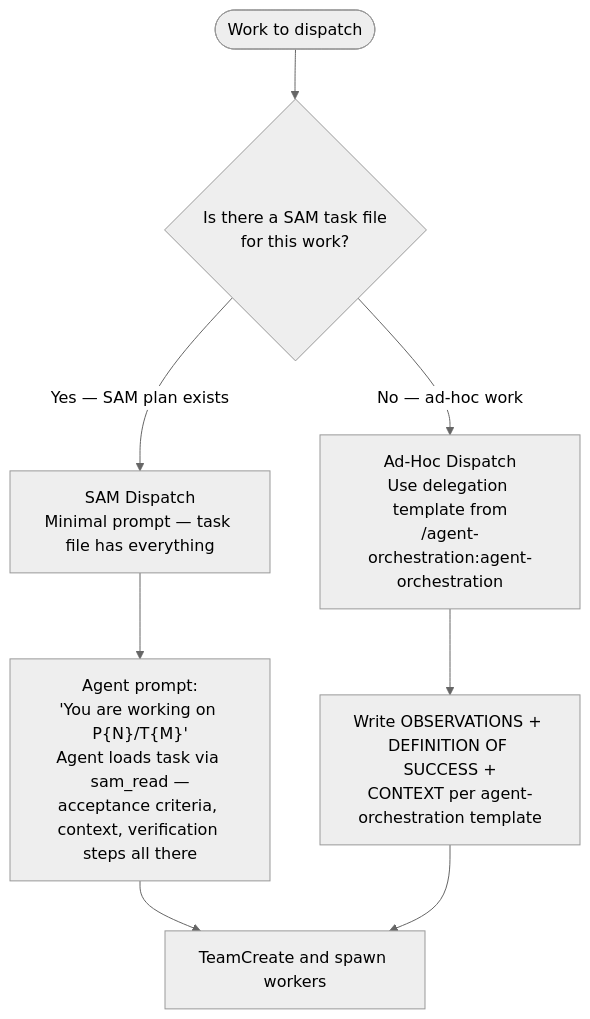
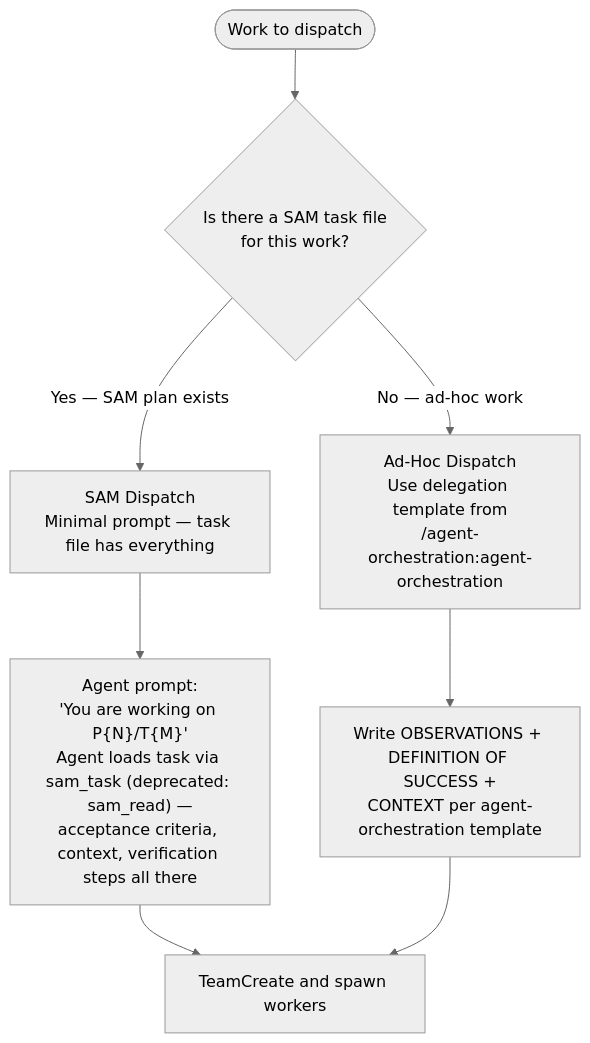
One commit to chgreer1070/claude_skills changed the first of 3 diagrams in plugins/development-harness/skills/dispatch/SKILL.md. Above: the diagram before and after it, drawn with Mermaid (neutral theme). The commit also changed other lines of this file and 7 other files, not shown here.

````diff
--- a/plugins/development-harness/skills/dispatch/SKILL.md
+++ b/plugins/development-harness/skills/dispatch/SKILL.md
@@ -16,10 +16,10 @@
 ```mermaid
 flowchart TD
     Start(["Work to dispatch"]) --> Q{"Is there a SAM task file<br>for this work?"}
     Q -->|"Yes — SAM plan exists"| SAM["SAM Dispatch<br>Minimal prompt — task file has everything"]
     Q -->|"No — ad-hoc work"| AdHoc["Ad-Hoc Dispatch<br>Use delegation template from<br>/agent-orchestration:agent-orchestration"]
-    SAM --> SAMPrompt["Agent prompt:<br>'You are working on P{N}/T{M}'<br>Agent loads task via sam_read —<br>acceptance criteria, context, verification steps all there"]
+    SAM --> SAMPrompt["Agent prompt:<br>'You are working on P{N}/T{M}'<br>Agent loads task via sam_task (deprecated: sam_read) —<br>acceptance criteria, context, verification steps all there"]
     AdHoc --> AdHocPrompt["Write OBSERVATIONS + DEFINITION OF SUCCESS +<br>CONTEXT per agent-orchestration template"]
     SAMPrompt --> Team["TeamCreate and spawn workers"]
     AdHocPrompt --> Team
 ```
````
